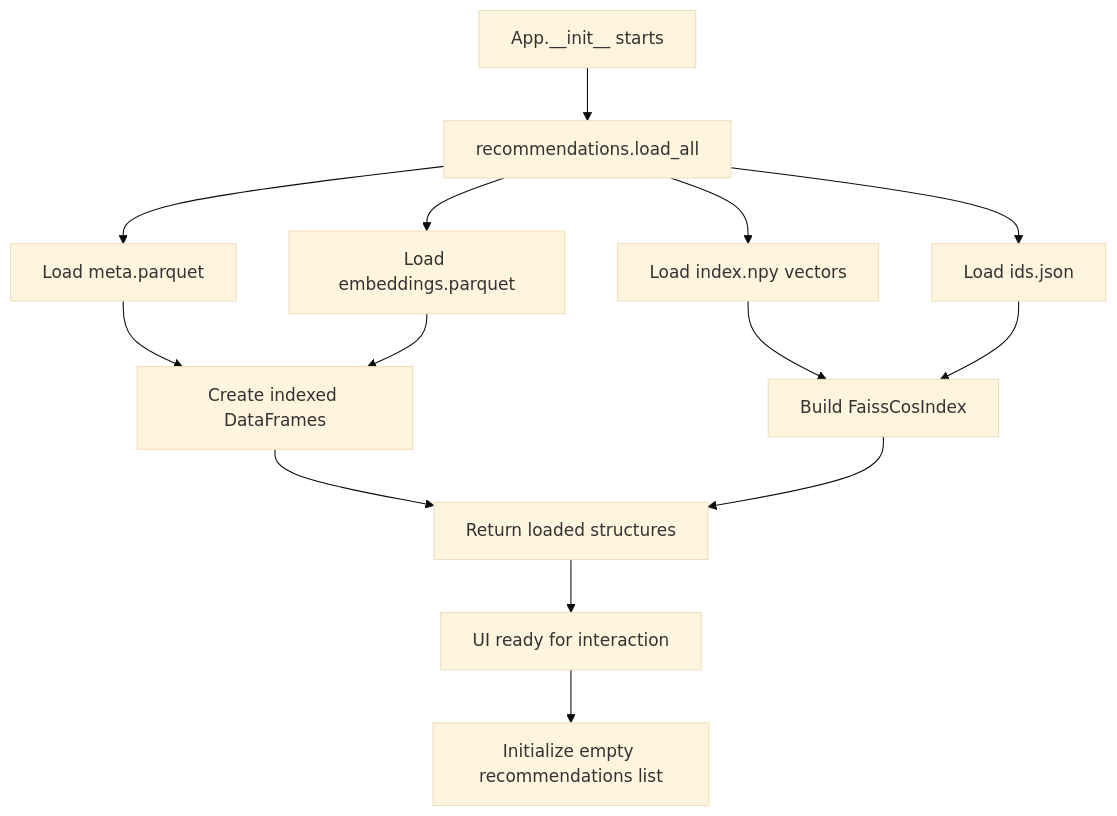
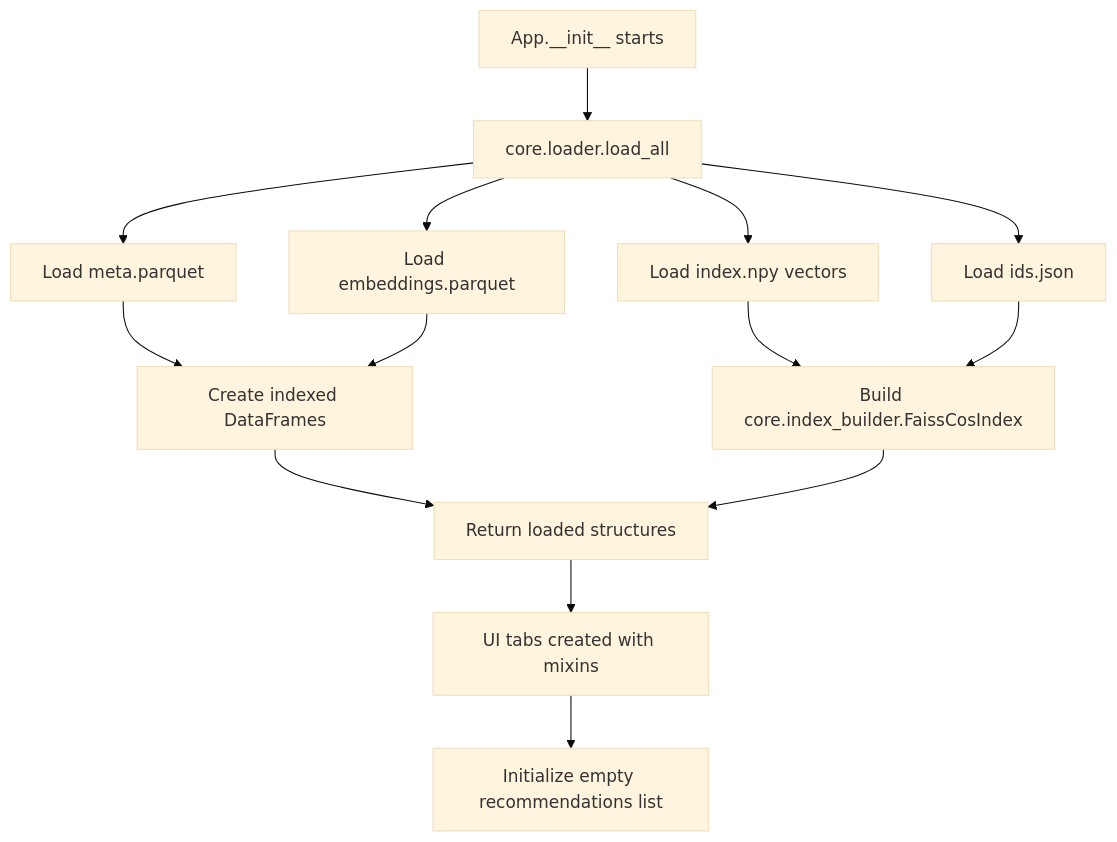
One commit to zeinramadan/cosine-companion changed the second of 3 diagrams in PROGRAM_FLOW.md. Above: the diagram before and after it, drawn with Mermaid (base theme). The commit also changed other lines of this file, not shown here.

````diff
--- a/PROGRAM_FLOW.md
+++ b/PROGRAM_FLOW.md
@@ -218,18 +246,18 @@
 ```mermaid
 graph TD
-    A[App.__init__ starts] --> B[recommendations.load_all]
+    A[App.__init__ starts] --> B[core.loader.load_all]
     B --> C[Load meta.parquet]
     B --> D[Load embeddings.parquet] 
     B --> E[Load index.npy vectors]
     B --> F[Load ids.json]
     
     C --> G[Create indexed DataFrames]
     D --> G
-    E --> H[Build FaissCosIndex]
+    E --> H[Build core.index_builder.FaissCosIndex]
     F --> H
     
     G --> I[Return loaded structures]
     H --> I
-    I --> J[UI ready for interaction]
+    I --> J[UI tabs created with mixins]
     J --> K[Initialize empty recommendations list]
 ```
````
